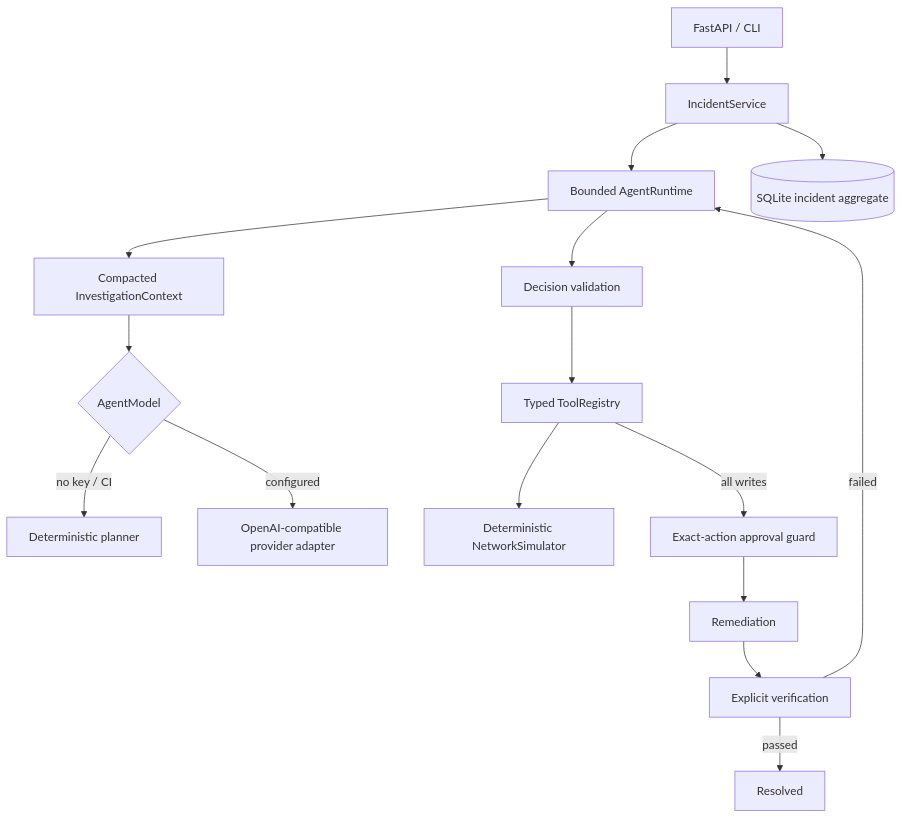
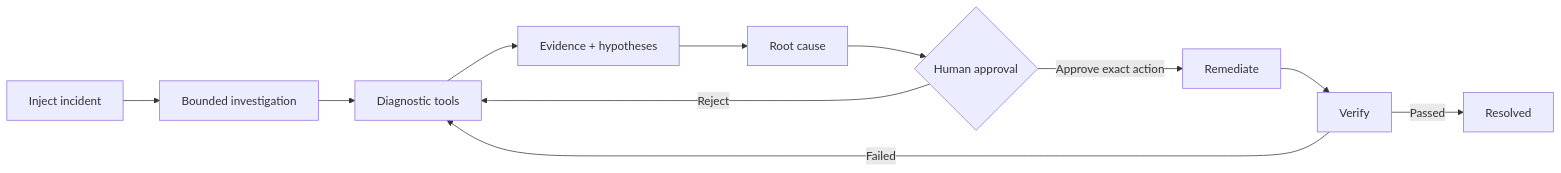
The first of 2 diagrams in README.md (riti-singh/Relay), drawn with Mermaid before and after one commit. The commit also changed other lines of this file and 29 other files, not shown here.

````diff
--- a/README.md
+++ b/README.md
@@ -9,18 +11,13 @@
 ```mermaid
-flowchart TD
-    API[FastAPI / CLI] --> S[IncidentService]
-    S --> R[Bounded AgentRuntime]
-    R --> C[Compacted InvestigationContext]
-    C --> M{AgentModel}
-    M -->|no key / CI| D[Deterministic planner]
-    M -->|configured| L[OpenAI-compatible provider adapter]
-    R --> V[Decision validation]
-    V --> T[Typed ToolRegistry]
-    T --> N[Deterministic NetworkSimulator]
-    S --> DB[(SQLite incident aggregate)]
-    T -->|all writes| A[Exact-action approval guard]
-    A --> X[Remediation]
-    X --> Q[Explicit verification]
-    Q -->|failed| R
-    Q -->|passed| Z[Resolved]
+flowchart LR
+ A[Inject incident] --> B[Bounded investigation]
+ B --> C[Diagnostic tools]
+ C --> D[Evidence + hypotheses]
+ D --> E[Root cause]
+ E --> F{Human approval}
+ F -->|Reject| C
+ F -->|Approve exact action| G[Remediate]
+ G --> H[Verify]
+ H -->|Failed| C
+ H -->|Passed| I[Resolved]
 ```
````
